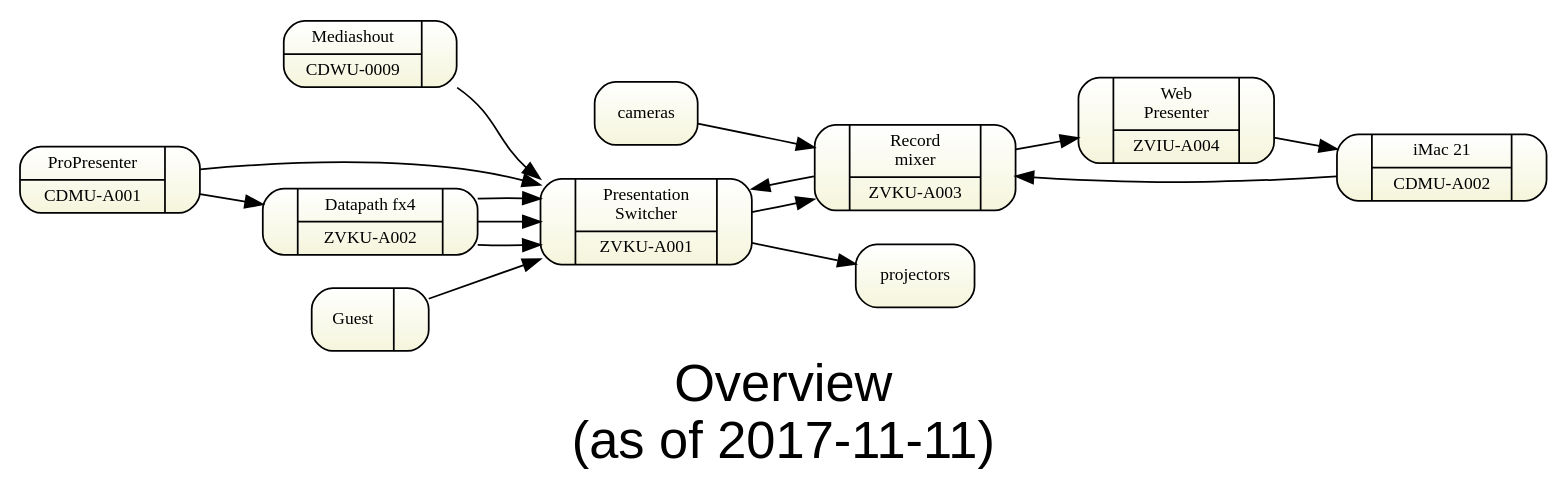
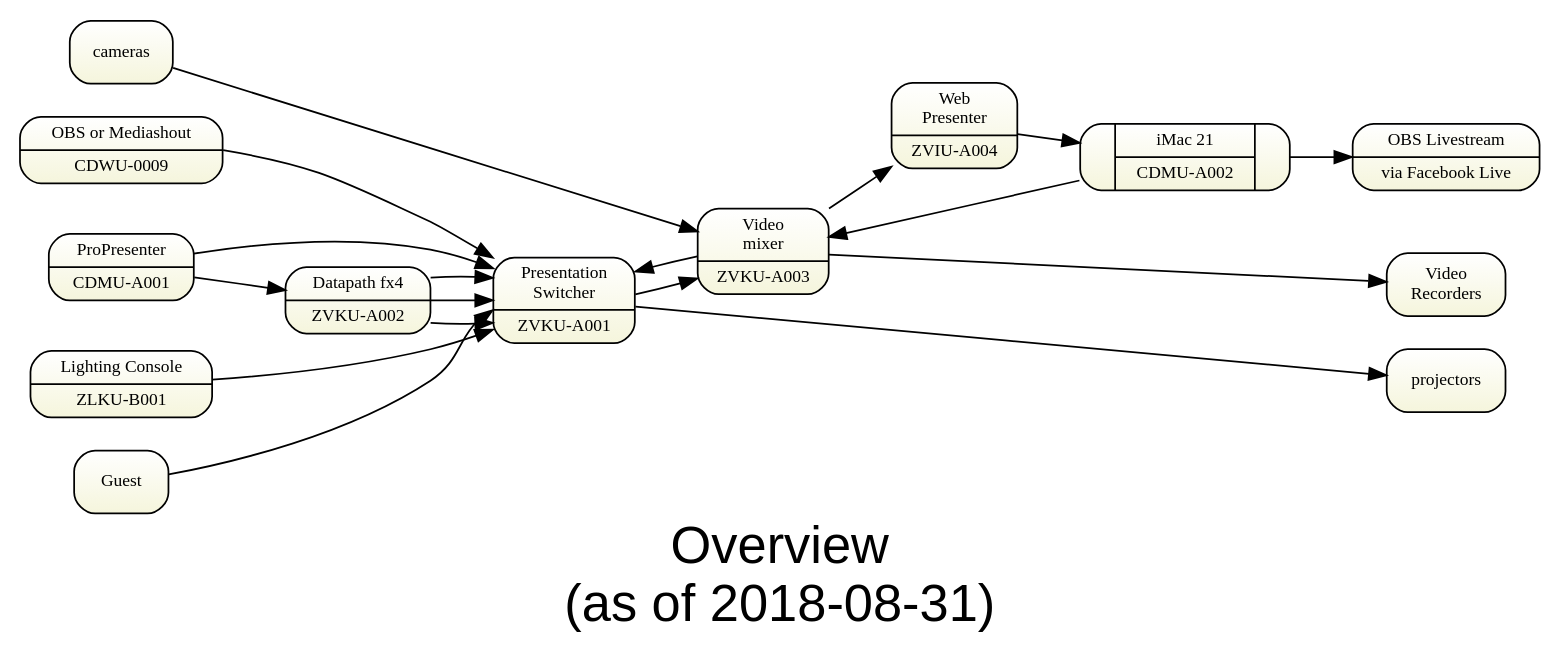
One commit to avmaint/uactechdoc changed the diagram in sdv-topology0-overview.gv. Above: the diagram before and after it, drawn with Graphviz.

Commit message:
updated overview diagram

```diff
--- a/sdv-topology0-overview.gv
+++ b/sdv-topology0-overview.gv
@@ -1,42 +1,52 @@
 digraph topology0 { 
 graph [overlap = true, fontsize = 30, rankdir=LR 
-      label="Overview\n(as of 2017-11-11)",
+      label="Overview\n(as of 2018-08-31)",
       fontname = Helvetica]
 
 node [shape=Mrecord, tooltip="" , fontsize = 10, 
       fillcolor="white:beige" , style=filled  
       gradientangle=270]
       
-pswitch [label="{ |{Presentation\nSwitcher|ZVKU-A001}|  }"]
-rswitch [label="{ |{Record \nmixer|ZVKU-A003 }|  }"]
+pswitch [label="Presentation\nSwitcher|ZVKU-A001"]
+rswitch [label="Video\nmixer|ZVKU-A003"]
     
-cdwu0009 [label="{{Mediashout|CDWU-0009}| }"]
-cdmua001 [label="{{ProPresenter|CDMU-A001}| }"]
+cdwu0009 [label=" OBS or Mediashout|CDWU-0009 "]
+cdmua001 [label=" ProPresenter|CDMU-A001 "]
 cdmua002 [label="{|{iMac 21|CDMU-A002}| }"]
 
-fx4 [label="{ |{Datapath fx4|ZVKU-A002}| }"]
-wp [label="{ |{Web\nPresenter|ZVIU-A004}| }"]
+fx4 [label="Datapath fx4|ZVKU-A002"]
+wp [label="Web\nPresenter|ZVIU-A004"]
+cs40 [label="Lighting Console|ZLKU-B001"]
+facebook [label=" OBS Livestream|via Facebook Live "]
+recorders [label="Video\nRecorders"]
 
 fx4:o1 -> pswitch:i1
 fx4:o2 -> pswitch:i2
 fx4:o3 -> pswitch:i3
 
 cdmua001  -> fx4   
 cdmua001 -> pswitch  
 
 cdwu0009:hdmi -> pswitch:i5
  
-guest [label="{{Guest}| }"]
+guest [label=" Guest"]
 guest:hdmi -> pswitch:i6
 
 wp -> cdmua002 
 cdmua002 -> rswitch
+cdmua002 -> facebook
 
 pswitch -> rswitch
 
 rswitch -> pswitch
 cameras -> rswitch
 rswitch->wp
 pswitch -> projectors
+cs40 -> pswitch
+rswitch -> recorders
+
+{rank=same; facebook projectors recorders}
+{rank=same; cameras cdmua001  guest cdwu0009 cs40 }
+
 
 } 
```
